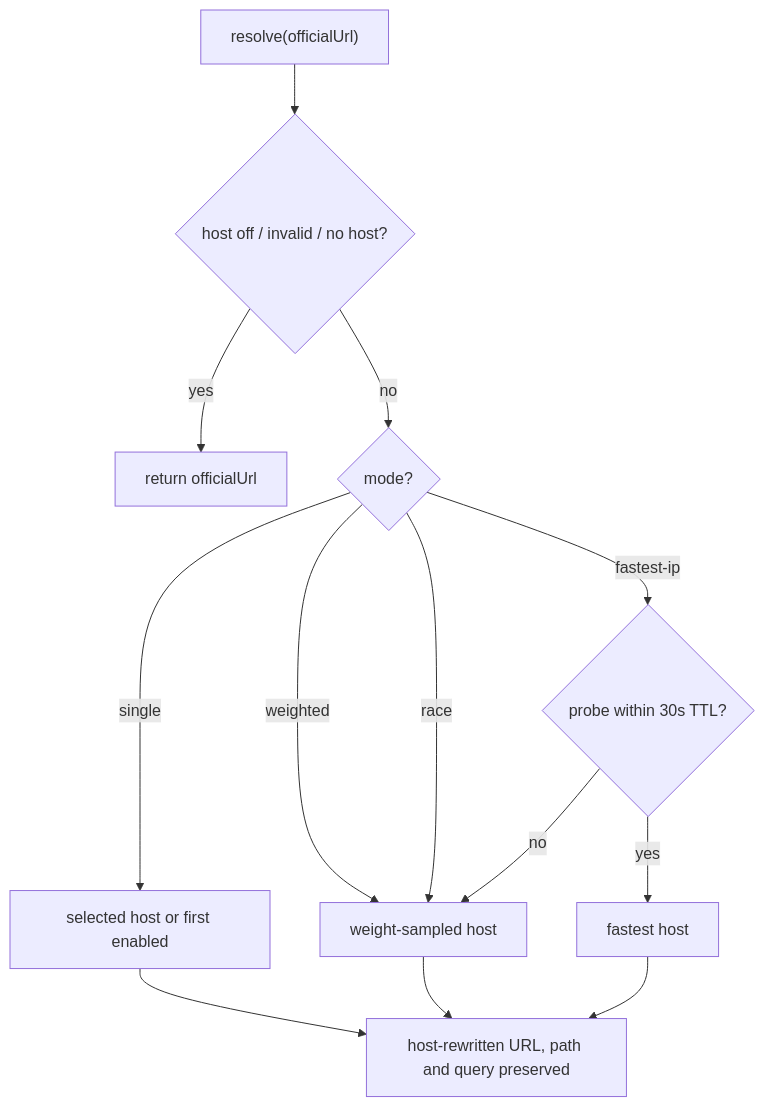
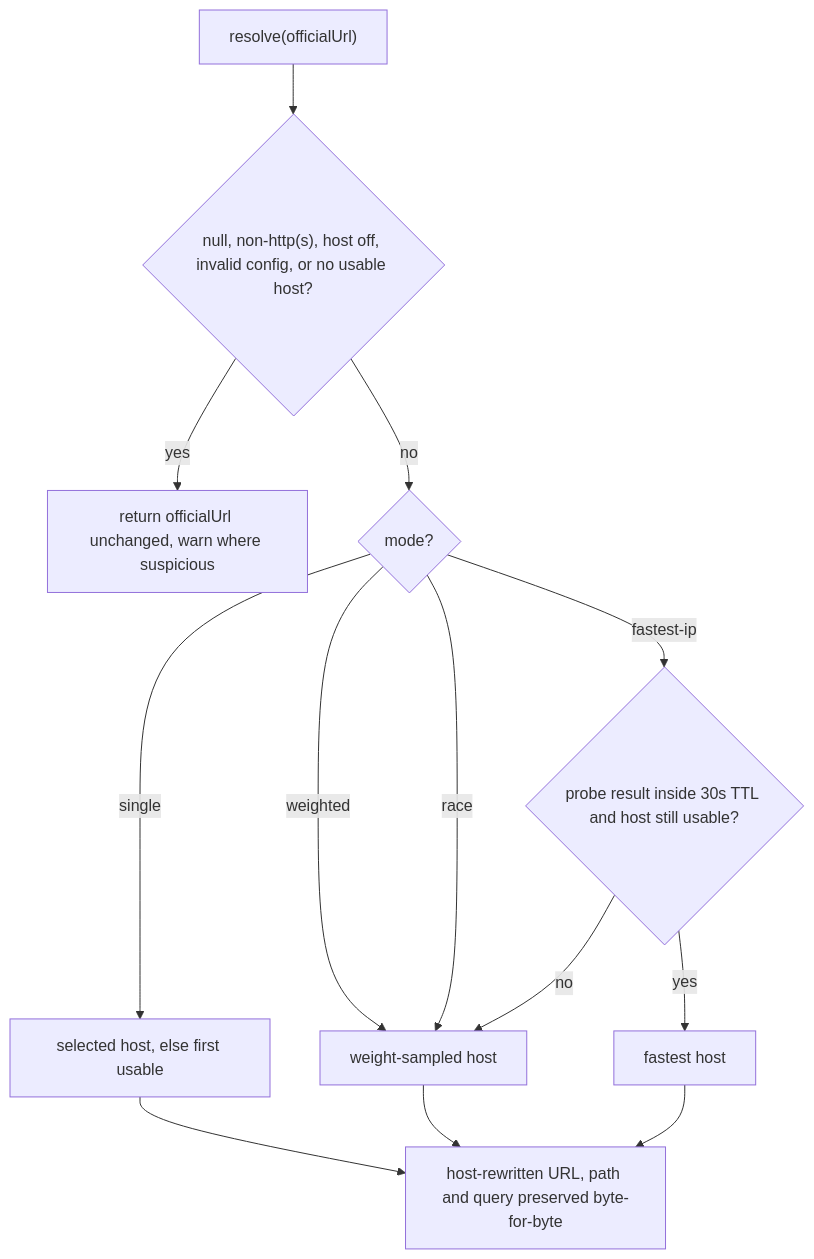
One commit to a1121611810/Pictelio changed the second of 4 diagrams in openwiki/architecture/image-pipeline.md. Above: the diagram before and after it, drawn with Mermaid. The commit also changed other lines of this file and 17 other files, not shown here.

````diff
--- a/openwiki/architecture/image-pipeline.md
+++ b/openwiki/architecture/image-pipeline.md
@@ -127,15 +190,15 @@
 ```mermaid
 flowchart TD
-    A["resolve(officialUrl)"] --> B{"host off / invalid / no host?"}
-    B -- yes --> Z["return officialUrl"]
+    A["resolve(officialUrl)"] --> B{"null, non-http(s), host off, invalid config, or no usable host?"}
+    B -- yes --> Z["return officialUrl unchanged, warn where suspicious"]
     B -- no --> C{"mode?"}
-    C -- single --> S["selected host or first enabled"]
+    C -- single --> S["selected host, else first usable"]
     C -- weighted --> W["weight-sampled host"]
     C -- race --> W
-    C -- fastest-ip --> F{"probe within 30s TTL?"}
+    C -- fastest-ip --> F{"probe result inside 30s TTL and host still usable?"}
     F -- yes --> FH["fastest host"]
     F -- no --> W
-    S --> R["host-rewritten URL, path and query preserved"]
+    S --> R["host-rewritten URL, path and query preserved byte-for-byte"]
     W --> R
     FH --> R
 ```
````
